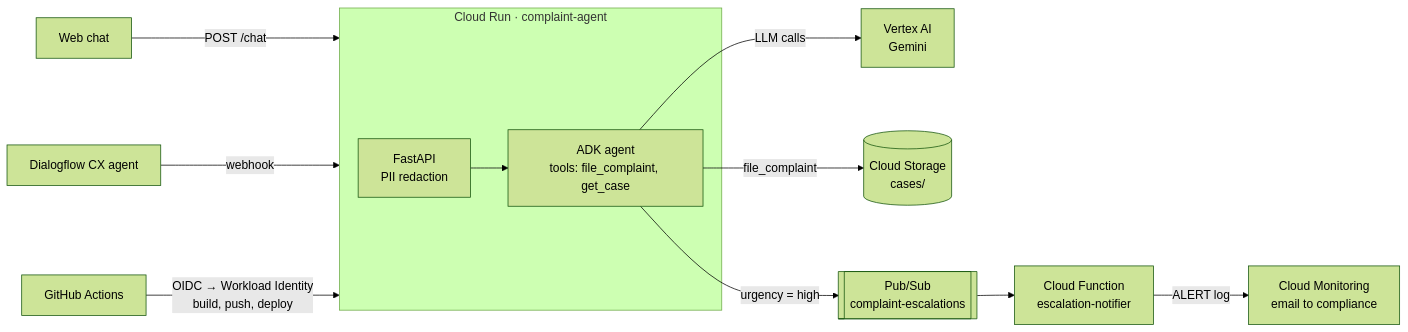
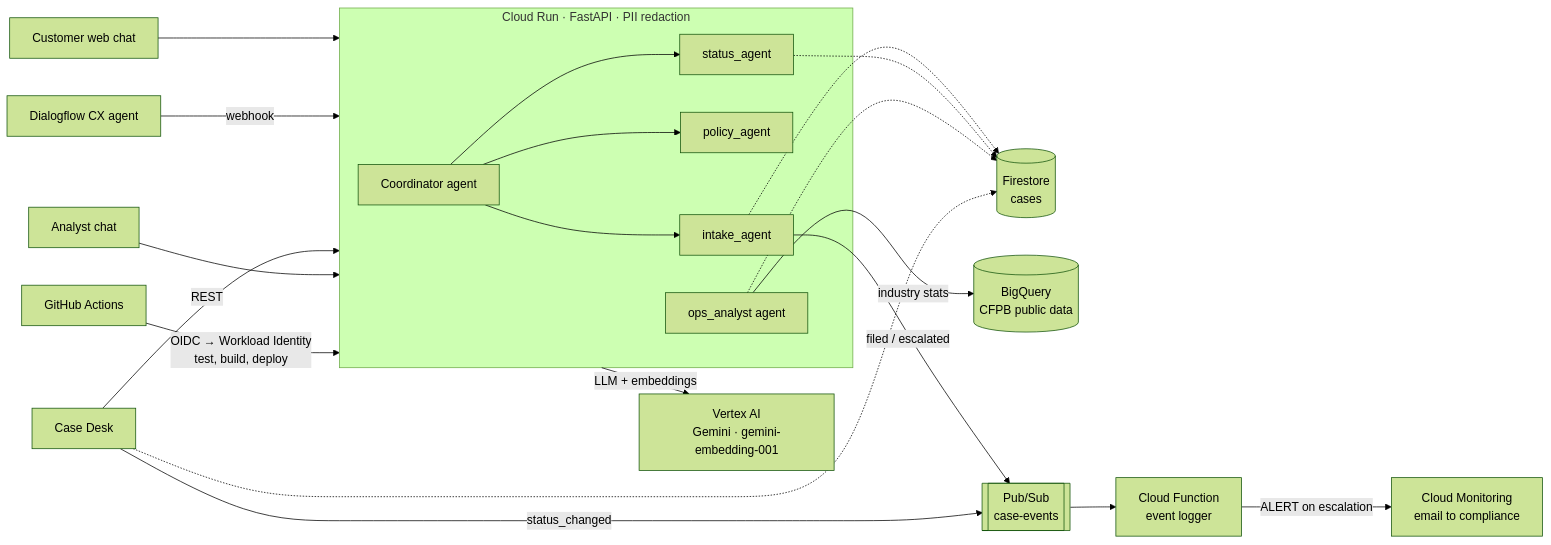
One commit to daMS2005/complaint-intake-agent changed the second of 2 diagrams in README.md. Above: the diagram before and after it, drawn with Mermaid (forest theme). The commit also changed other lines of this file, not shown here.

````diff
--- a/README.md
+++ b/README.md
@@ -48,14 +52,23 @@
 ```mermaid
 flowchart LR
-    web[Web chat] -->|POST /chat| run
+    cust[Customer web chat] --> run
     cx[Dialogflow CX agent] -->|webhook| run
-    subgraph run [Cloud Run · complaint-agent]
-        api[FastAPI<br/>PII redaction] --> adk[ADK agent<br/>tools: file_complaint, get_case]
+    staff[Case Desk] -->|REST| run
+    analystUI[Analyst chat] --> run
+
+    subgraph run [Cloud Run · FastAPI · PII redaction]
+        coord[Coordinator agent] --> intake[intake_agent]
+        coord --> policy[policy_agent]
+        coord --> status[status_agent]
+        analyst[ops_analyst agent]
     end
-    adk -->|LLM calls| vertex[Vertex AI<br/>Gemini]
-    adk -->|file_complaint| gcs[(Cloud Storage<br/>cases/)]
-    adk -->|urgency = high| ps[[Pub/Sub<br/>complaint-escalations]]
-    ps --> fn[Cloud Function<br/>escalation-notifier]
-    fn -->|ALERT log| mon[Cloud Monitoring<br/>email to compliance]
-    gh[GitHub Actions] -->|"OIDC → Workload Identity<br/>build, push, deploy"| run
+
+    run -->|LLM + embeddings| vertex[Vertex AI<br/>Gemini · gemini-embedding-001]
+    intake & status & analyst & staff -.-> fs[(Firestore<br/>cases)]
+    analyst -->|industry stats| bq[(BigQuery<br/>CFPB public data)]
+    intake -->|filed / escalated| ps[[Pub/Sub<br/>case-events]]
+    staff -->|status_changed| ps
+    ps --> fn[Cloud Function<br/>event logger]
+    fn -->|ALERT on escalation| mon[Cloud Monitoring<br/>email to compliance]
+    gh[GitHub Actions] -->|"OIDC → Workload Identity<br/>test, build, deploy"| run
 ```
````
